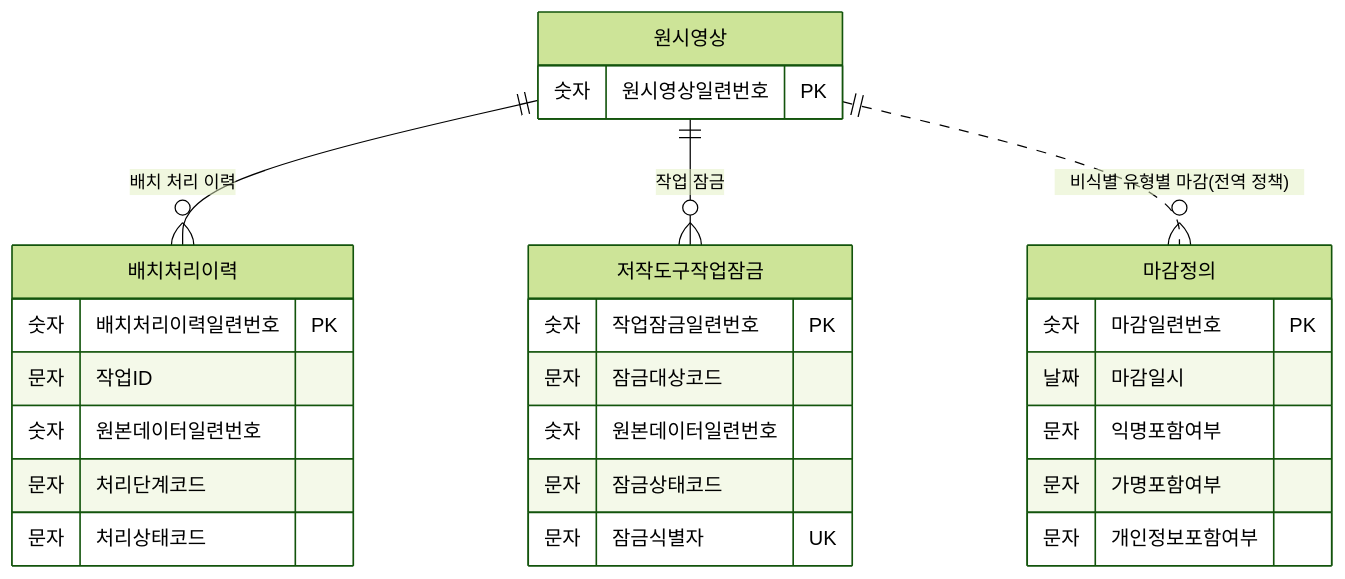
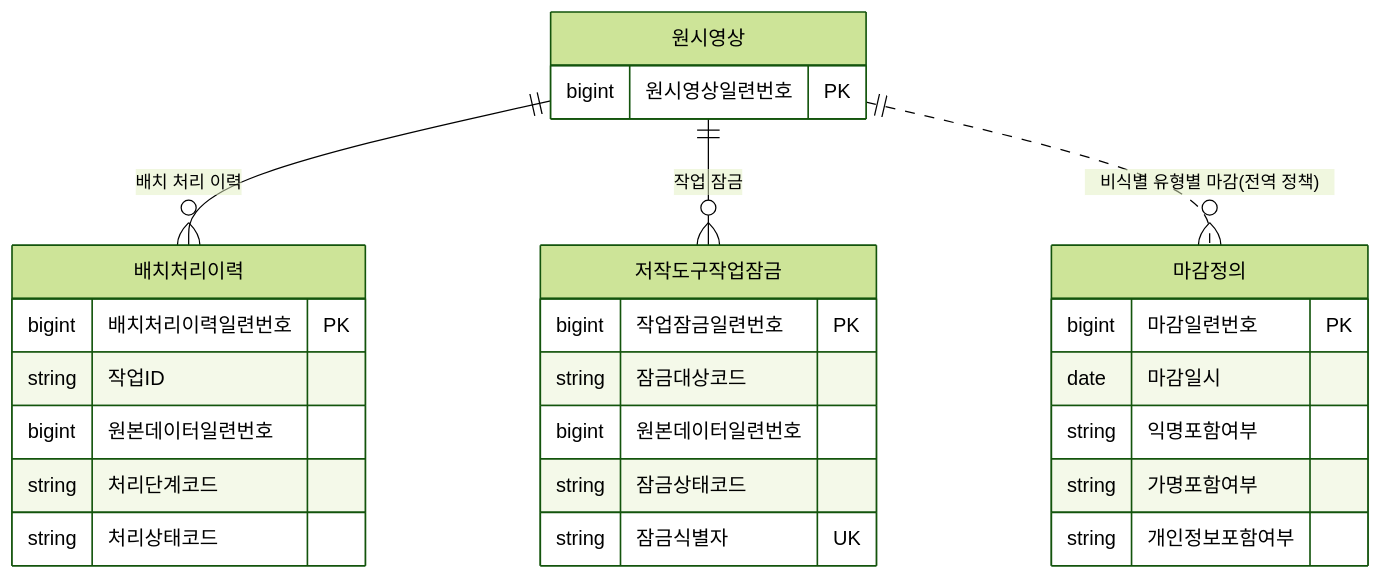
The tenth of 14 diagrams in docs/0705/D8-엔티티관계모형설계서.md (New-stella/klid-label), drawn with Mermaid (forest theme) before and after one commit. The commit also changed other lines of this file and 1 other file, not shown here.

First line of the commit message:
docs(D8): §2 속성명 한글화 + §1 ERD 타입 물리 원형 복원

````diff
--- a/docs/0705/D8-엔티티관계모형설계서.md
+++ b/docs/0705/D8-엔티티관계모형설계서.md
@@ -372,34 +372,34 @@
 ```mermaid
 erDiagram
     원시영상 ||--o{ 배치처리이력 : "배치 처리 이력"
     원시영상 ||--o{ 저작도구작업잠금 : "작업 잠금"
     원시영상 ||..o{ 마감정의 : "비식별 유형별 마감(전역 정책)"
     원시영상 {
         %% class: LsDataRaw (KLID-AT-DC-012)
-        숫자 원시영상일련번호 PK
+        bigint 원시영상일련번호 PK
     }
     배치처리이력 {
         %% class: - ※ (D1 미정의 · 배치 오케스트레이션 운영 로그 부속 엔티티)
-        숫자 배치처리이력일련번호 PK
-        문자 작업ID
-        숫자 원본데이터일련번호
-        문자 처리단계코드
-        문자 처리상태코드
+        bigint 배치처리이력일련번호 PK
+        string 작업ID
+        bigint 원본데이터일련번호
+        string 처리단계코드
+        string 처리상태코드
     }
     저작도구작업잠금 {
         %% class: - ※ (D1 미정의 · 작업 잠금 인프라 엔티티)
-        숫자 작업잠금일련번호 PK
-        문자 잠금대상코드
-        숫자 원본데이터일련번호
-        문자 잠금상태코드
-        문자 잠금식별자 UK
+        bigint 작업잠금일련번호 PK
+        string 잠금대상코드
+        bigint 원본데이터일련번호
+        string 잠금상태코드
+        string 잠금식별자 UK
     }
     마감정의 {
         %% class: - ※ (D1 미정의 · 운영 정책 엔티티)
-        숫자 마감일련번호 PK
-        날짜 마감일시
-        문자 익명포함여부
-        문자 가명포함여부
-        문자 개인정보포함여부
+        bigint 마감일련번호 PK
+        date 마감일시
+        string 익명포함여부
+        string 가명포함여부
+        string 개인정보포함여부
     }
 ```
````
